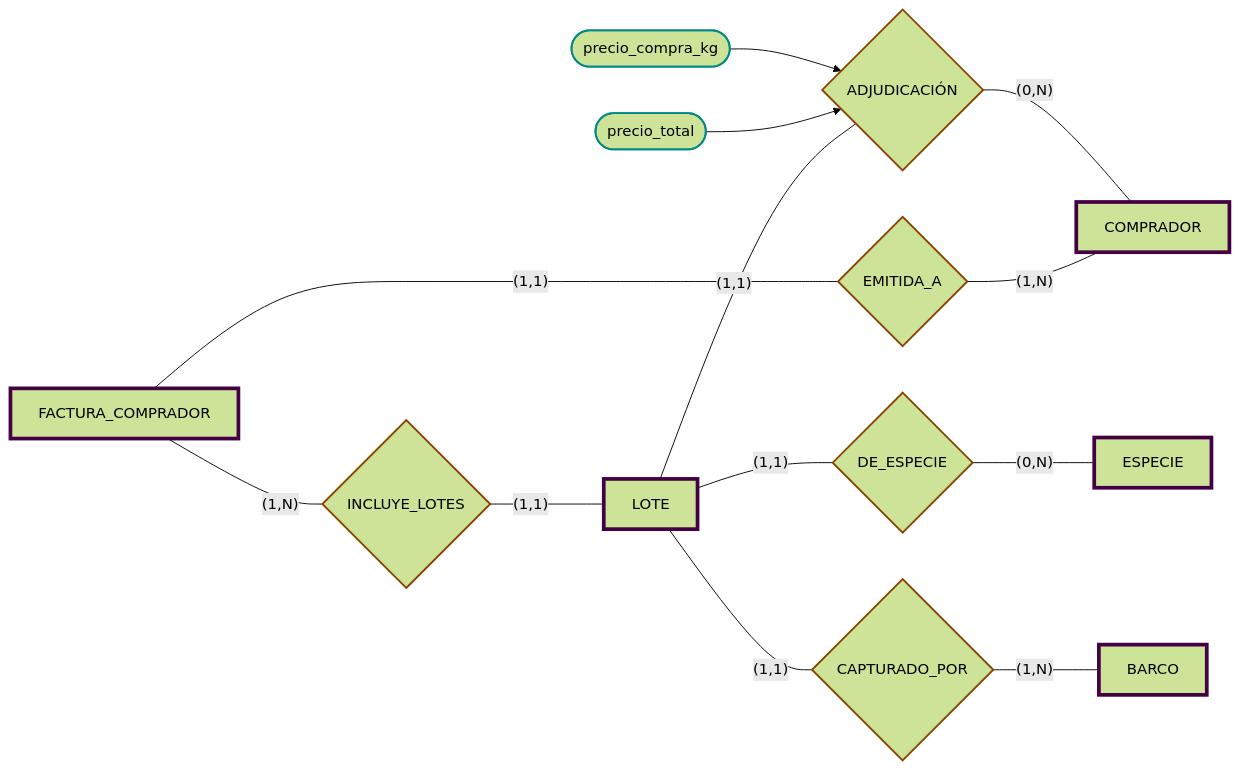
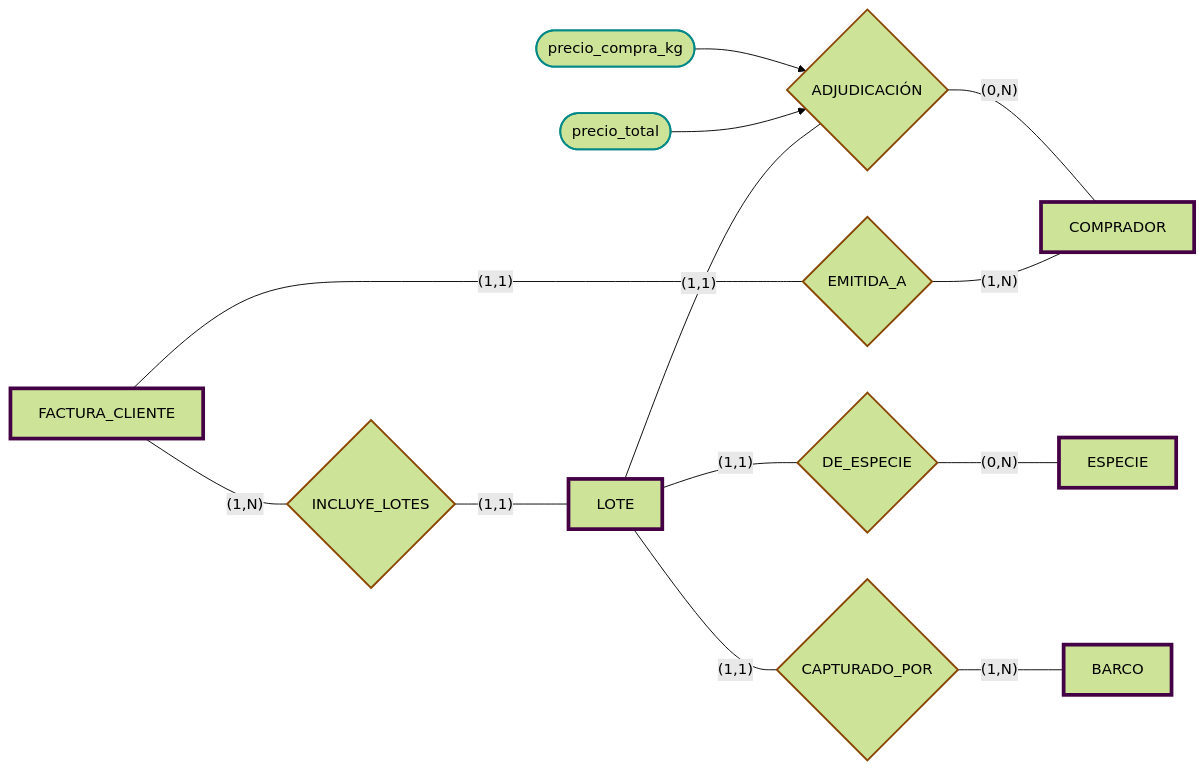
Before and after one commit to JulTob/Data: diagram 13 of 14 in DataBases/lonja_DB.md, drawn with Mermaid (forest theme). The commit also changed other lines of this file, not shown here.

````diff
--- a/DataBases/lonja_DB.md
+++ b/DataBases/lonja_DB.md
@@ -564,45 +731,45 @@
 ```mermaid
 flowchart LR   
 
   classDef relacion stroke:#840,stroke-width:2px;
   classDef atributo stroke:#088,stroke-width:2px;
   classDef entidad stroke:#404,stroke-width:4px;
 
   %% Entidades
   Lote[LOTE]:::entidad
   Especie[ESPECIE]:::entidad
   Barco[BARCO]:::entidad
   Comprador[COMPRADOR]:::entidad
-  FacturaC[FACTURA_COMPRADOR]:::entidad
+  FacturaC[FACTURA_CLIENTE]:::entidad
 
   %% Relaciones
   DeEspecie{DE_ESPECIE}:::relacion
   CapturadoPor{CAPTURADO_POR}:::relacion
   Adjudicacion{ADJUDICACIÓN}:::relacion
   EmiteC{EMITIDA_A}:::relacion
   IncluyeLC{INCLUYE_LOTES}:::relacion
 
 
 
 
   %% Atributos de la RELACIÓN ADJUDICACIÓN
   precio_compra_kg([precio_compra_kg]):::atributo --> Adjudicacion
   precio_total([precio_total]):::atributo --> Adjudicacion
 
   %% Conexiones y cardinalidades
   Lote ---|"(1,1)"| DeEspecie
   DeEspecie ---|"(0,N)"| Especie
 
   Lote ---|"(1,1)"| CapturadoPor
   CapturadoPor ---|"(1,N)"| Barco
 
   Lote ---|"(1,1)"| Adjudicacion
   Adjudicacion ---|"(0,N)"| Comprador
 
   FacturaC ---|"(1,1)"| EmiteC
   EmiteC ---|"(1,N)"| Comprador
 
   FacturaC ---|"(1,N)"| IncluyeLC
   IncluyeLC ---|"(1,1)"| Lote
 
 ```
````
